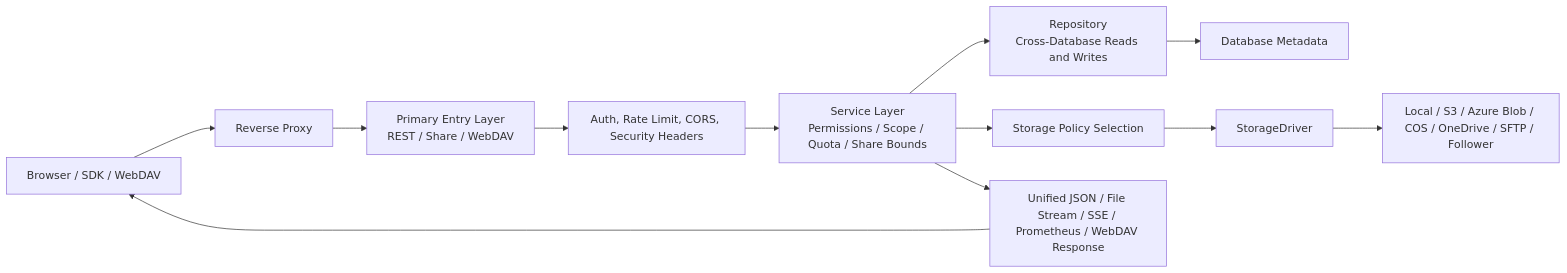
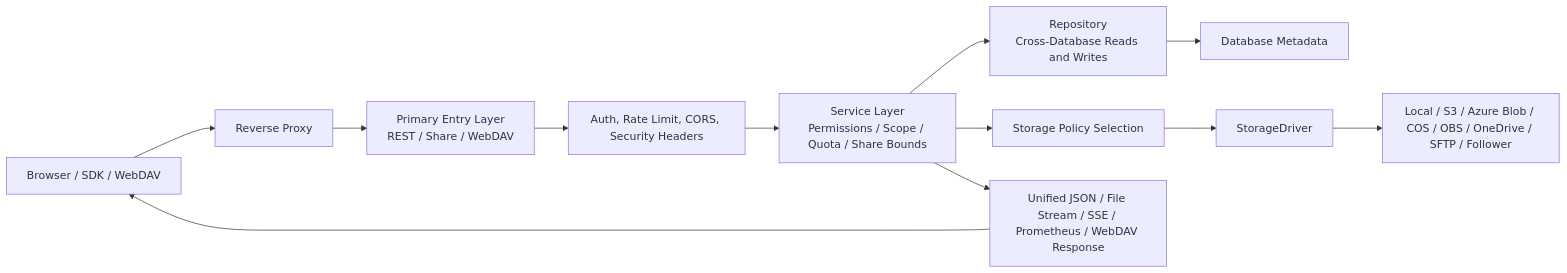
The third of 6 diagrams in docs/src/content/docs/en/reference/runtime-architecture.md (AsterCommunity/AsterDrive), drawn with Mermaid before and after one commit. The commit also changed other lines of this file and 53 other files, not shown here.

````diff
--- a/docs/src/content/docs/en/reference/runtime-architecture.md
+++ b/docs/src/content/docs/en/reference/runtime-architecture.md
@@ -158,14 +158,14 @@
 ```mermaid
 flowchart LR
   Client["Browser / SDK / WebDAV"] --> Proxy["Reverse Proxy"]
   Proxy --> Entry["Primary Entry Layer<br/>REST / Share / WebDAV"]
   Entry --> Auth["Auth, Rate Limit, CORS, Security Headers"]
   Auth --> Service["Service Layer<br/>Permissions / Scope / Quota / Share Bounds"]
   Service --> Repo["Repository<br/>Cross-Database Reads and Writes"]
   Repo --> DB["Database Metadata"]
   Service --> StorageDecision["Storage Policy Selection"]
   StorageDecision --> Driver["StorageDriver"]
-  Driver --> ObjectStore["Local / S3 / Azure Blob / COS / OneDrive / SFTP / Follower"]
+  Driver --> ObjectStore["Local / S3 / Azure Blob / COS / OBS / OneDrive / SFTP / Follower"]
   Service --> Response["Unified JSON / File Stream / SSE / Prometheus / WebDAV Response"]
   Response --> Client
 ```
````
